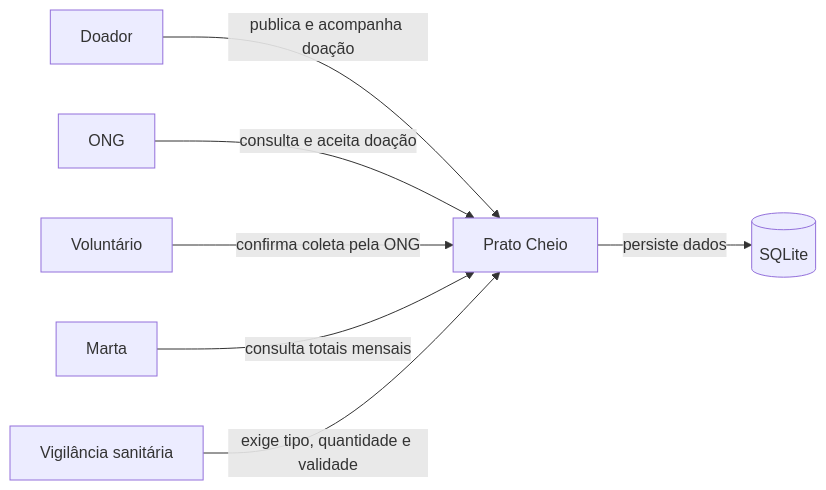
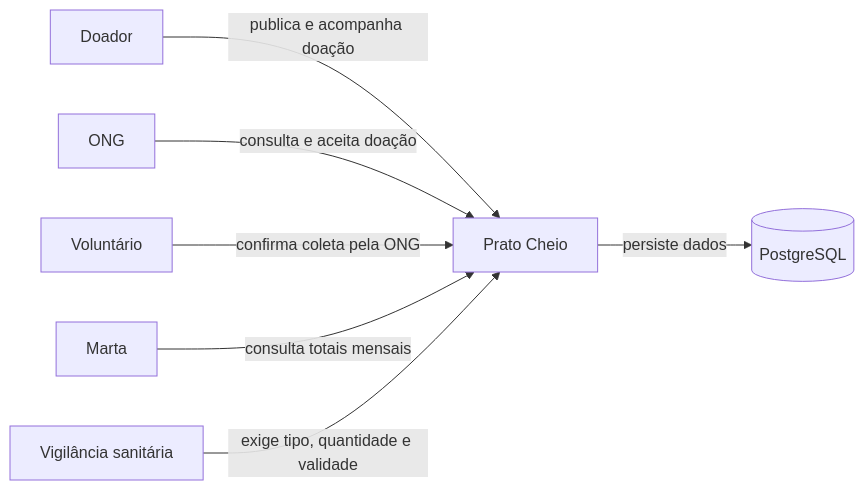
Before and after one commit to apda-agil/g1126-template-prato-cheio: the diagram in docs/diagramas/contexto.md, drawn with Mermaid. The commit also changed other lines of this file, not shown here.

Commit message:
docs: atualizar diagrama de contexto para PostgreSQL
Updated database from SQLite to PostgreSQL in context diagram.

````diff
--- a/docs/diagramas/contexto.md
+++ b/docs/diagramas/contexto.md
@@ -9,9 +10,9 @@
 ```mermaid
 flowchart LR
     DO[Doador] -->|publica e acompanha doação| S[Prato Cheio]
     ONG[ONG] -->|consulta e aceita doação| S
     VOL[Voluntário] -->|confirma coleta pela ONG| S
     M[Marta] -->|consulta totais mensais| S
     VS[Vigilância sanitária] -->|exige tipo, quantidade e validade| S
-    S -->|persiste dados| DB[(SQLite)]
+    S -->|persiste dados| DB[(PostgreSQL)]
 ```
````
